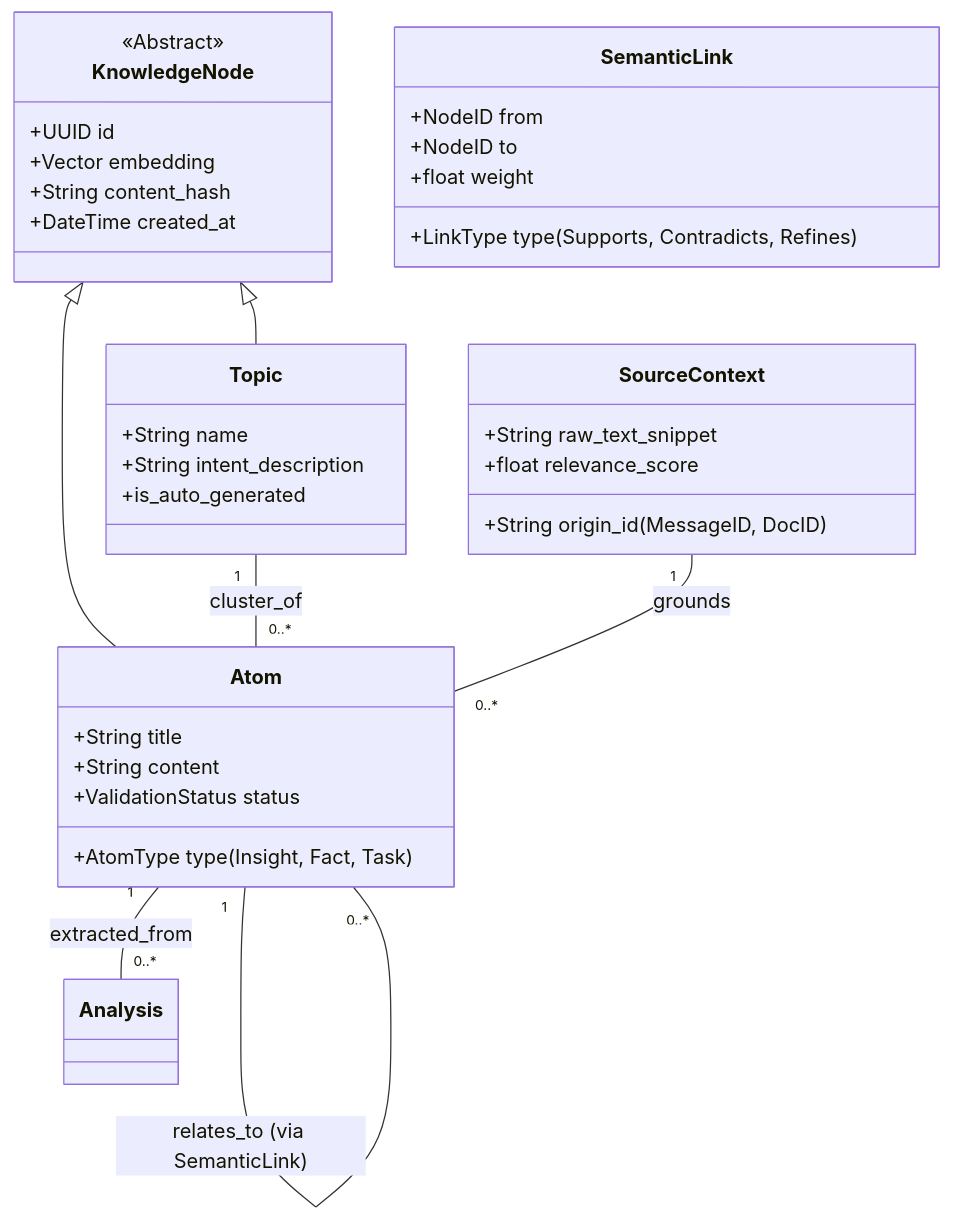
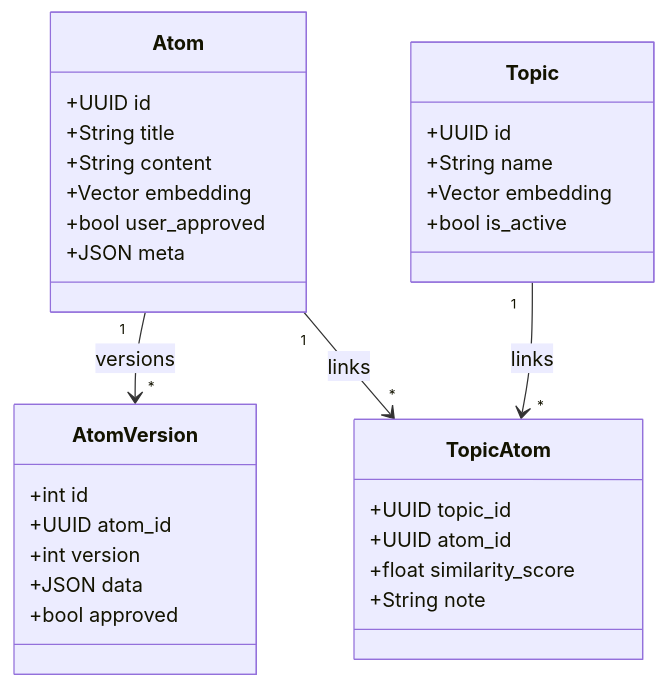
One commit to djimontyp/task-tracker changed the diagram in .obsidian-docs/дослідження/Ideal_Knowledge_Architecture.md. Above: the diagram before and after it, drawn with Mermaid. The commit also changed other lines of this file, not shown here.

Commit message:
docs(research): expand knowledge architecture spec with implementation phases

````diff
--- a/.obsidian-docs/дослідження/Ideal_Knowledge_Architecture.md
+++ b/.obsidian-docs/дослідження/Ideal_Knowledge_Architecture.md
@@ -28,50 +185,37 @@
 ```mermaid
 classDiagram
-    %% Core Entity
-    class KnowledgeNode {
-        <<Abstract>>
+    class Atom {
         +UUID id
+        +String title
+        +String content
         +Vector embedding
-        +String content_hash
-        +DateTime created_at
+        +bool user_approved
+        +JSON meta
     }
 
-    %% Concrete Implementations
-    class Atom {
-        +String title
-        +String content
-        +AtomType type (Insight, Fact, Task)
-        +ValidationStatus status
+    class AtomVersion {
+        +int id
+        +UUID atom_id
+        +int version
+        +JSON data
+        +bool approved
     }
 
     class Topic {
+        +UUID id
         +String name
-        +String intent_description
-        +is_auto_generated
+        +Vector embedding
+        +bool is_active
     }
 
-    %% Context Layer (Traceability)
-    class SourceContext {
-        +String origin_id (MessageID, DocID)
-        +String raw_text_snippet
-        +float relevance_score
+    class TopicAtom {
+        +UUID topic_id
+        +UUID atom_id
+        +float similarity_score
+        +String note
     }
 
-    %% Relationships (The "Glue")
-    class SemanticLink {
-        +NodeID from
-        +NodeID to
-        +LinkType type (Supports, Contradicts, Refines)
-        +float weight
-    }
-
-    %% Inheritance
-    KnowledgeNode <|-- Atom
-    KnowledgeNode <|-- Topic
-
-    %% Connections
-    Atom "1" -- "0..*" Analysis : extracted_from
-    Topic "1" -- "0..*" Atom : cluster_of
-    Atom "1" -- "0..*" Atom : relates_to (via SemanticLink)
-    SourceContext "1" -- "0..*" Atom : grounds
+    Atom "1" --> "*" AtomVersion : versions
+    Topic "1" --> "*" TopicAtom : links
+    Atom "1" --> "*" TopicAtom : links
 ```
````
